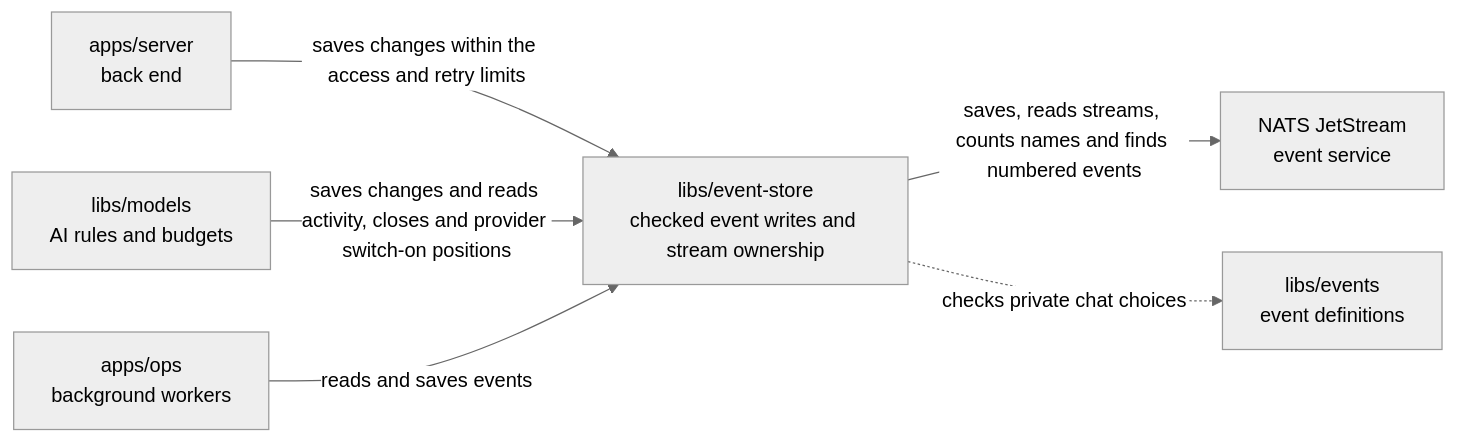
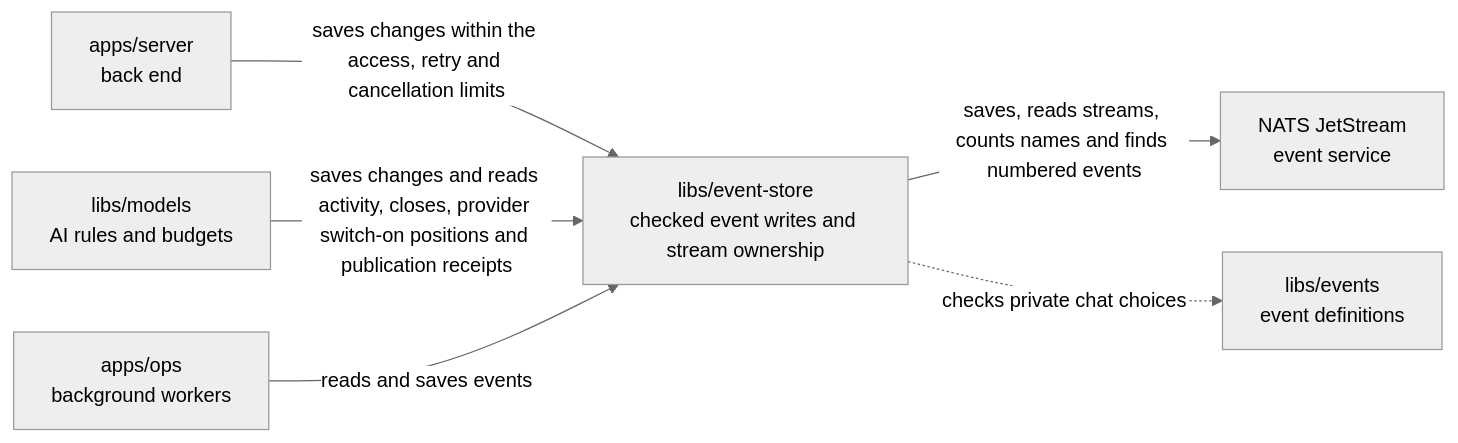
One commit to elewa-git/opencrane-new changed the diagram in libs/event-store/README.md. Above: the diagram before and after it, drawn with Mermaid (neutral theme). The commit also changed other lines of this file and 22 other files, not shown here.

````diff
--- a/libs/event-store/README.md
+++ b/libs/event-store/README.md
@@ -22,8 +22,8 @@
 ```mermaid
 flowchart LR
-  server["apps/server<br/>back end"] -->|saves changes within the access and retry limits| store["libs/event-store<br/>checked event writes and stream ownership"]
-  models["libs/models<br/>AI rules and budgets"] -->|saves changes and reads activity, closes and provider switch-on positions| store
+  server["apps/server<br/>back end"] -->|saves changes within the access, retry and cancellation limits| store["libs/event-store<br/>checked event writes and stream ownership"]
+  models["libs/models<br/>AI rules and budgets"] -->|saves changes and reads activity, closes, provider switch-on positions and publication receipts| store
   ops["apps/ops<br/>background workers"] -->|reads and saves events| store
   store -->|saves, reads streams, counts names and finds numbered events| nats["NATS JetStream<br/>event service"]
   store -.->|checks private chat choices| events["libs/events<br/>event definitions"]
 ```
````
